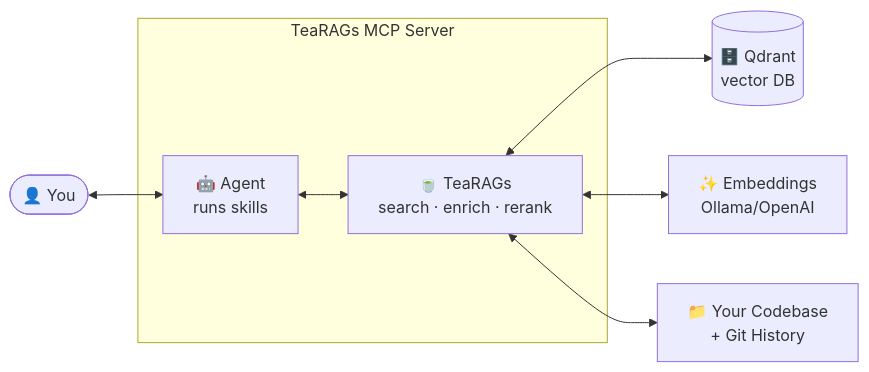
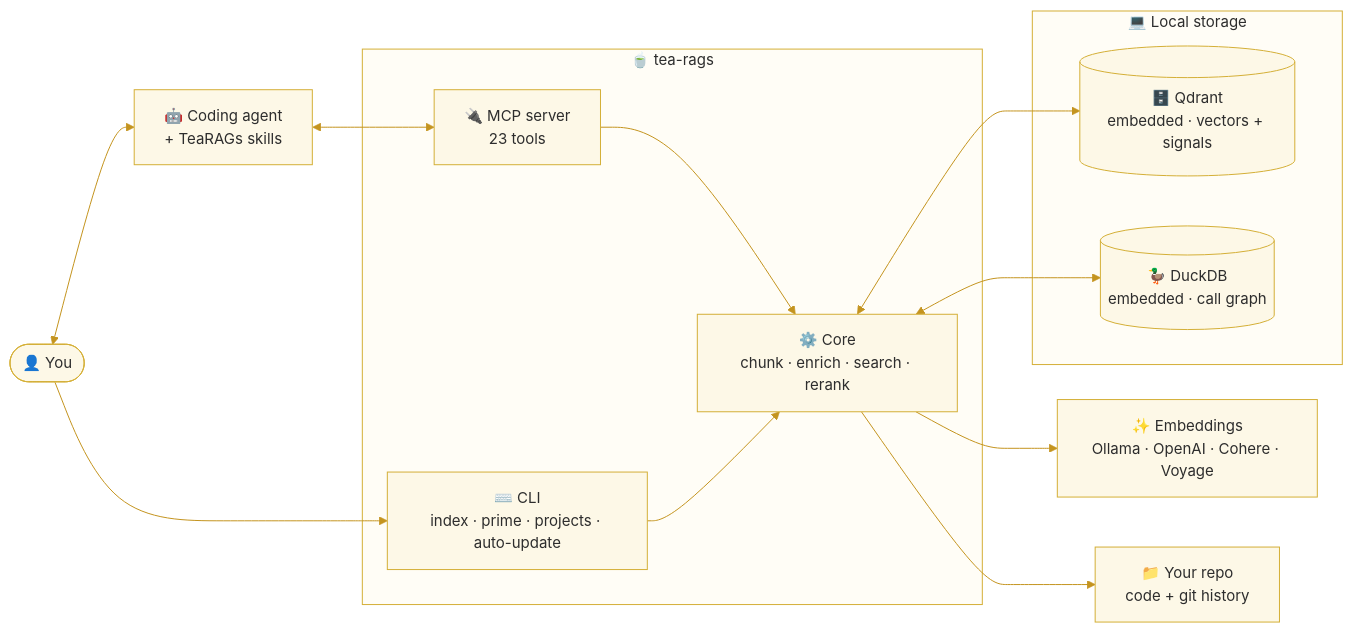
One commit to artk0de/TeaRAGs-MCP changed the diagram in README.md. Above: the diagram before and after it, drawn with Mermaid. The commit also changed other lines of this file and 7 other files, not shown here.

````diff
--- a/README.md
+++ b/README.md
@@ -119,19 +289,30 @@
 ```mermaid
+%%{init: {"theme": "base", "themeVariables": {"primaryColor": "#fdf8e7", "primaryTextColor": "#2d2d2d", "primaryBorderColor": "#d4af37", "lineColor": "#c4941f", "secondaryColor": "#f5f5dc", "tertiaryColor": "#fafafa", "mainBkg": "#fdf8e7", "secondBkg": "#f5f5dc", "nodeBorder": "#d4af37", "clusterBkg": "#fffdf6", "clusterBorder": "#d4af37", "titleColor": "#2d2d2d", "edgeLabelBackground": "#ffffff", "fontSize": "15px"}}}%%
 flowchart LR
     User([👤 You])
+    Agent[🤖 Coding agent<br/>+ TeaRAGs skills]
 
-    subgraph mcp["TeaRAGs MCP Server"]
-        Agent[🤖 Agent<br/>runs skills]
-        TeaRAGs[🍵 TeaRAGs<br/>search · enrich · rerank]
-        Agent <--> TeaRAGs
+    subgraph pkg["🍵 tea-rags"]
+        MCP[🔌 MCP server<br/>23 tools]
+        CLI[⌨️ CLI<br/>index · prime · projects · auto-update]
+        Core[⚙️ Core<br/>chunk · enrich · search · rerank]
+        MCP --> Core
+        CLI --> Core
     end
 
-    Qdrant[(🗄️ Qdrant<br/>vector DB)]
-    Embeddings[✨ Embeddings<br/>Ollama/OpenAI]
-    Codebase[📁 Your Codebase<br/>+ Git History]
+    subgraph storage["💻 Local storage"]
+        Qdrant[(🗄️ Qdrant<br/>embedded · vectors + signals)]
+        DuckDB[(🦆 DuckDB<br/>embedded · call graph)]
+    end
+
+    Embeddings[✨ Embeddings<br/>Ollama · OpenAI · Cohere · Voyage]
+    Repo[📁 Your repo<br/>code + git history]
 
     User <--> Agent
-    TeaRAGs <--> Qdrant
-    TeaRAGs <--> Embeddings
-    TeaRAGs <--> Codebase
+    Agent <--> MCP
+    User --> CLI
+    Core <--> Qdrant
+    Core <--> DuckDB
+    Core --> Embeddings
+    Core --> Repo
 ```
````
